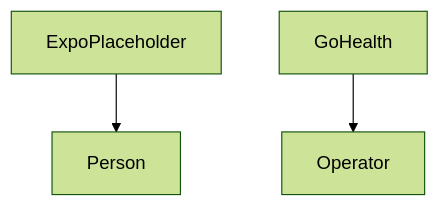
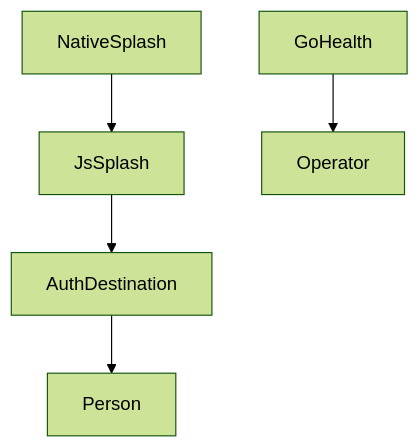
Before and after one commit to hmza-hb/frontal: the diagram in docs/ARCHITECTURE.md, drawn with Mermaid (forest theme). The commit also changed other lines of this file and 8 other files, not shown here.

Commit message:
Document the M1 launch sequence in the living docs.

````diff
--- a/docs/ARCHITECTURE.md
+++ b/docs/ARCHITECTURE.md
@@ -53,5 +57,7 @@
 ```mermaid
 flowchart TD
-  mobile[ExpoPlaceholder] --> reader[Person]
+  native[NativeSplash] --> splash[JsSplash]
+  splash --> auth[AuthDestination]
+  auth --> person[Person]
   health[GoHealth] --> probe[Operator]
 ```
````
